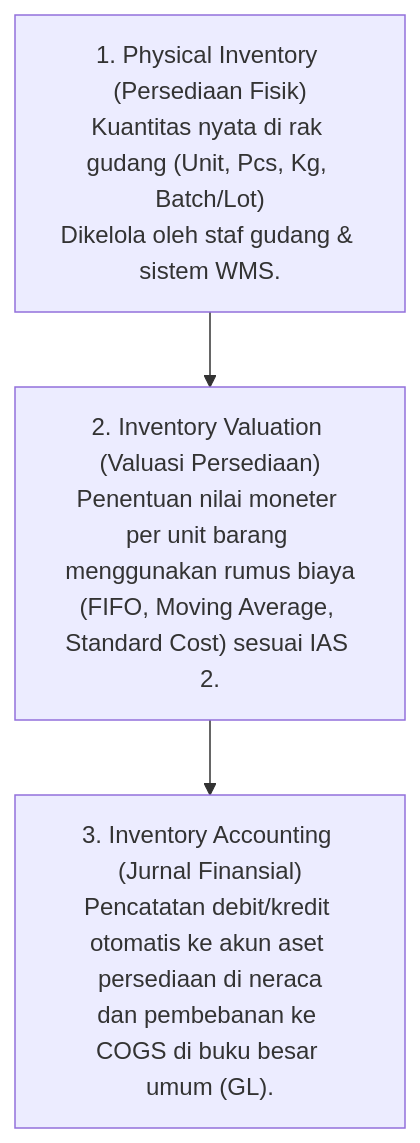
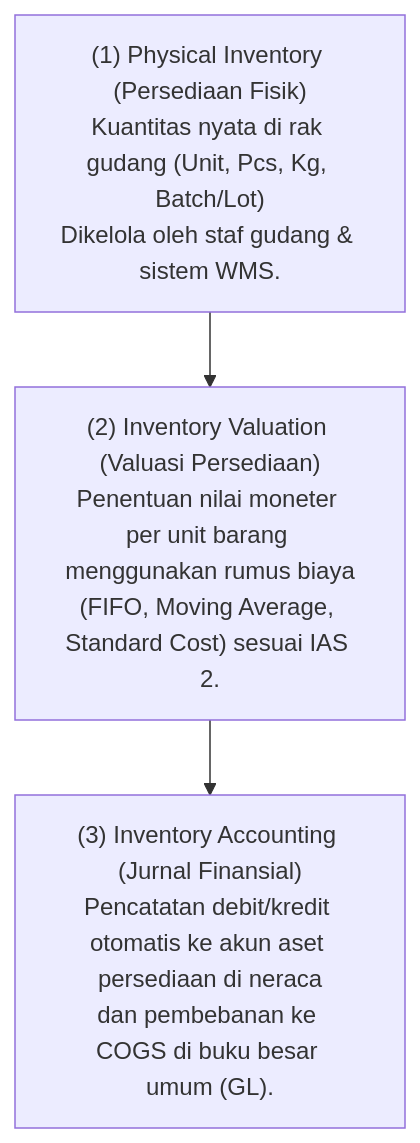
One commit to alimurrofid/erp-notes changed the diagram in content/02-accounting/inventory-accounting.md. Above: the diagram before and after it, drawn with Mermaid. The commit also changed 132 other files, not shown here.

````diff
--- a/content/02-accounting/inventory-accounting.md
+++ b/content/02-accounting/inventory-accounting.md
@@ -13,6 +13,6 @@
 ```mermaid
 flowchart TD
-    Phys["1. Physical Inventory (Persediaan Fisik)<br/>Kuantitas nyata di rak gudang (Unit, Pcs, Kg, Batch/Lot)<br/>Dikelola oleh staf gudang & sistem WMS."]
-    --> Val["2. Inventory Valuation (Valuasi Persediaan)<br/>Penentuan nilai moneter per unit barang menggunakan rumus biaya<br/>(FIFO, Moving Average, Standard Cost) sesuai IAS 2."]
-    --> Acc["3. Inventory Accounting (Jurnal Finansial)<br/>Pencatatan debit/kredit otomatis ke akun aset persediaan di neraca<br/>dan pembebanan ke COGS di buku besar umum (GL)."]
+    Phys["(1) Physical Inventory (Persediaan Fisik)<br/>Kuantitas nyata di rak gudang (Unit, Pcs, Kg, Batch/Lot)<br/>Dikelola oleh staf gudang & sistem WMS."]
+    --> Val["(2) Inventory Valuation (Valuasi Persediaan)<br/>Penentuan nilai moneter per unit barang menggunakan rumus biaya<br/>(FIFO, Moving Average, Standard Cost) sesuai IAS 2."]
+    --> Acc["(3) Inventory Accounting (Jurnal Finansial)<br/>Pencatatan debit/kredit otomatis ke akun aset persediaan di neraca<br/>dan pembebanan ke COGS di buku besar umum (GL)."]
 ```
````
